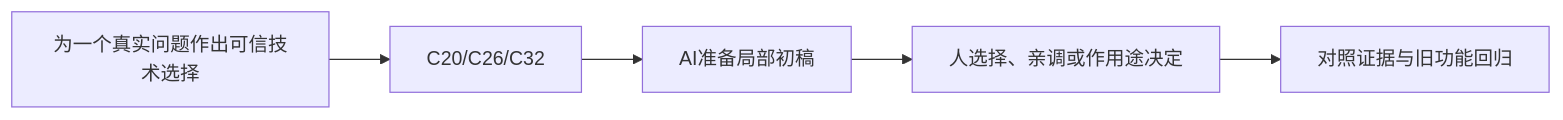
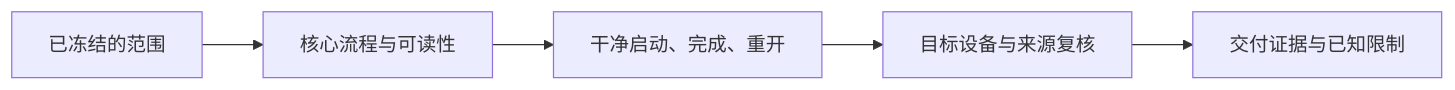
One commit to Zilur/ai-3d-game-learning changed the diagram in curriculum/lessons/A06.md. Above: the diagram before and after it, drawn with Mermaid. The commit also changed other lines of this file and 164 other files, not shown here.

Commit message:
docs: publish 47 step-by-step AI lesson flows, world upgrade and optional training corner

````diff
--- a/curriculum/lessons/A06.md
+++ b/curriculum/lessons/A06.md
@@ -38,7 +35,7 @@
 ```mermaid
 flowchart LR
-  S["为一个真实问题作出可信技术选择"] --> K["C20/C26/C32"]
-  K --> AI["AI准备局部初稿"]
-  AI --> H["人选择、亲调或作用途决定"]
-  H --> V["对照证据与旧功能回归"]
+ S["已冻结的范围"] --> C["核心流程与可读性"]
+ C --> T["干净启动、完成、重开"]
+ T --> P["目标设备与来源复核"]
+ P --> V["交付证据与已知限制"]
 ```
````
